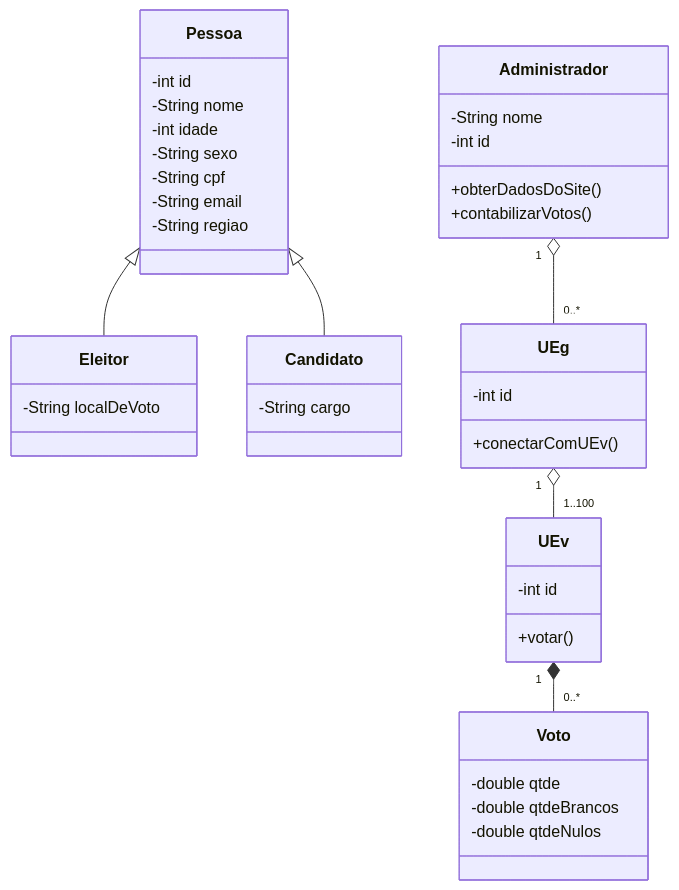
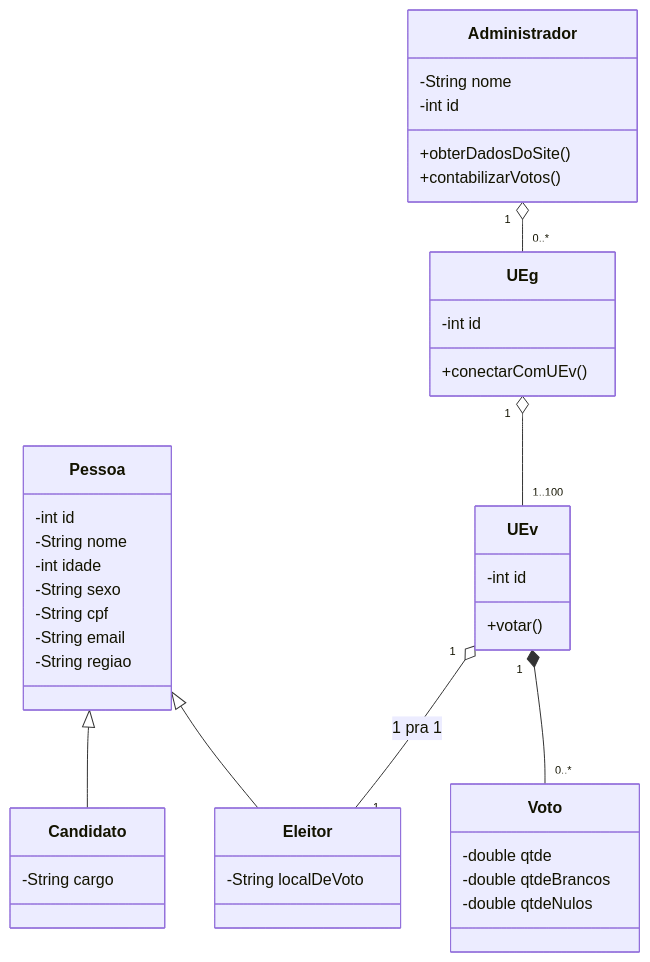
The diagram in Diagrama De Classes.md (HenriqueFinatti/Modelagem-De-Software-Orientado-a-Objetos), drawn with Mermaid before and after one commit.

Commit message:
Update Diagrama De Classes.md

````diff
--- a/Diagrama De Classes.md
+++ b/Diagrama De Classes.md
@@ -3,47 +3,48 @@
 ```mermaid
 classDiagram
 Pessoa <|-- Eleitor
 Pessoa <|-- Candidato
 Pessoa: -int id
 Pessoa: -String nome
 Pessoa: -int idade
 Pessoa: -String sexo
 Pessoa: -String cpf
 Pessoa: -String email
 Pessoa: -String regiao
 
 Eleitor: -String localDeVoto
 
 class Candidato{
   -String cargo
 }
 
 class UEg{
   -int id
   +conectarComUEv()
 }
 
 class UEv{
   -int id
   +votar()
 }
 
 class Administrador{
   -String nome
   -int id
  +obterDadosDoSite()
  +contabilizarVotos()
 
 }
 
 class Voto{
   -double qtde
   -double qtdeBrancos
   -double qtdeNulos
 }
 
 Administrador "1" o-- "0..*" UEg
 UEg "1" o-- "1..100" UEv
 UEv "1" *-- "0..*" Voto
+UEv "1" o-- "1" Eleitor : 1 pra 1
 
 ```
````
